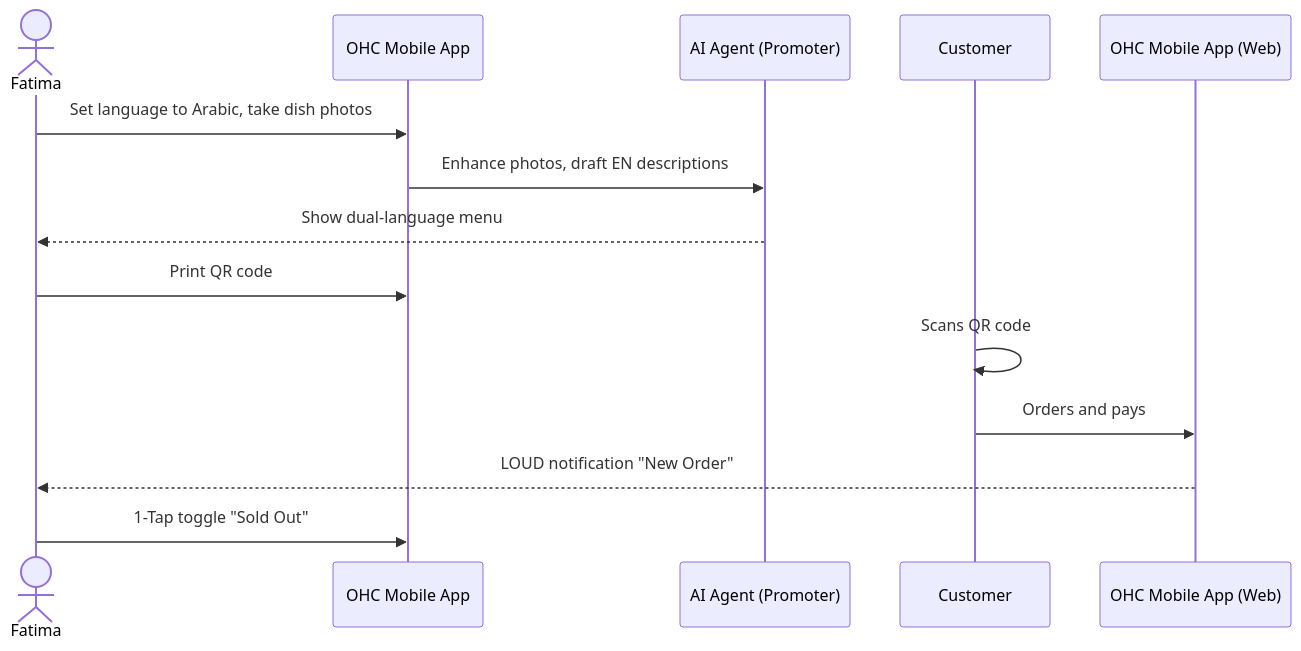
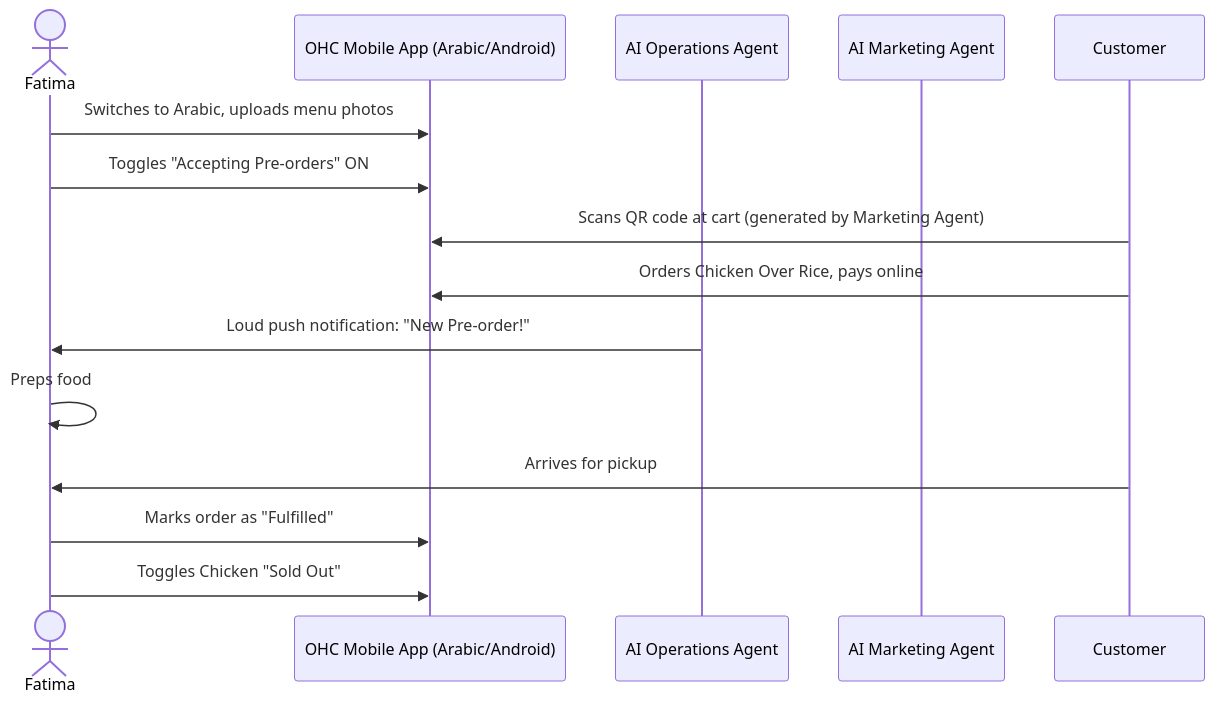
One commit to omnisolo-llc/onehumancorp changed the fifth of 5 diagrams in docs/architecture/ohc_business_journey_architecture.md. Above: the diagram before and after it, drawn with Mermaid. The commit also changed other lines of this file, not shown here.

First line of the commit message:
docs: Update Business Journey Architecture document

````diff
--- a/docs/architecture/ohc_business_journey_architecture.md
+++ b/docs/architecture/ohc_business_journey_architecture.md
@@ -162,16 +161,18 @@
 ```mermaid
 sequenceDiagram
     actor Fatima
-    participant OHC Mobile App
-    participant AI Agent (Promoter)
+    participant OHC Mobile App (Arabic/Android)
+    participant AI Operations Agent
+    participant AI Marketing Agent
     participant Customer
 
-    Fatima->>OHC Mobile App: Set language to Arabic, take dish photos
-    OHC Mobile App->>AI Agent (Promoter): Enhance photos, draft EN descriptions
-    AI Agent (Promoter)-->>Fatima: Show dual-language menu
-    Fatima->>OHC Mobile App: Print QR code
-    Customer->>Customer: Scans QR code
-    Customer->>OHC Mobile App (Web): Orders and pays
-    OHC Mobile App (Web)-->>Fatima: LOUD notification "New Order"
-    Fatima->>OHC Mobile App: 1-Tap toggle "Sold Out"
+    Fatima->>OHC Mobile App (Arabic/Android): Switches to Arabic, uploads menu photos
+    Fatima->>OHC Mobile App (Arabic/Android): Toggles "Accepting Pre-orders" ON
+    Customer->>OHC Mobile App (Arabic/Android): Scans QR code at cart (generated by Marketing Agent)
+    Customer->>OHC Mobile App (Arabic/Android): Orders Chicken Over Rice, pays online
+    AI Operations Agent->>Fatima: Loud push notification: "New Pre-order!"
+    Fatima->>Fatima: Preps food
+    Customer->>Fatima: Arrives for pickup
+    Fatima->>OHC Mobile App (Arabic/Android): Marks order as "Fulfilled"
+    Fatima->>OHC Mobile App (Arabic/Android): Toggles Chicken "Sold Out"
 ```
````
